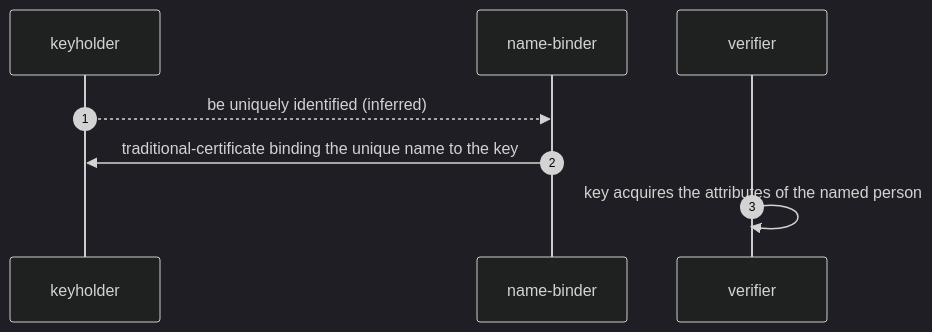
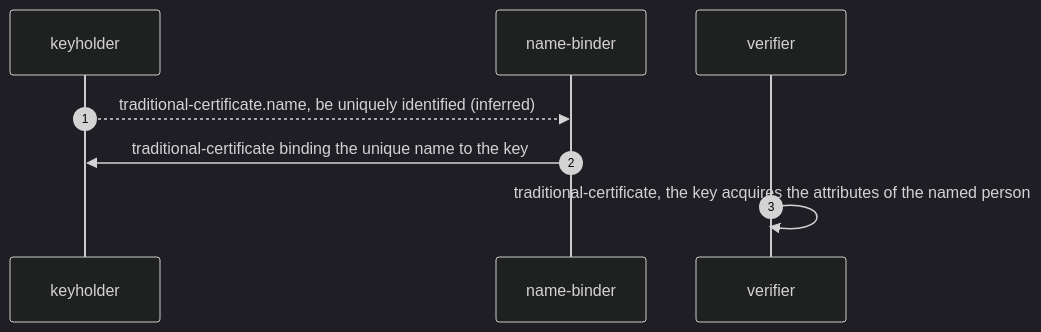
One commit to m-of-n/library changed the sixth of 26 diagrams in records/ietf/rfc-2692/distilled/protocol.md. Above: the diagram before and after it, drawn with Mermaid (dark theme). The commit also changed other lines of this file and 9 other files, not shown here.

````diff
--- a/records/ietf/rfc-2692/distilled/protocol.md
+++ b/records/ietf/rfc-2692/distilled/protocol.md
@@ -249,10 +261,10 @@
 ```mermaid
 sequenceDiagram
   autonumber
   participant K as keyholder
   participant B as name-binder
   participant V as verifier
-  K-->>B: be uniquely identified (inferred)
+  K-->>B: traditional-certificate.name, be uniquely identified (inferred)
   B->>K: traditional-certificate binding the unique name to the key
-  V->>V: key acquires the attributes of the named person
+  V->>V: traditional-certificate, the key acquires the attributes of the named person
 ```
````
